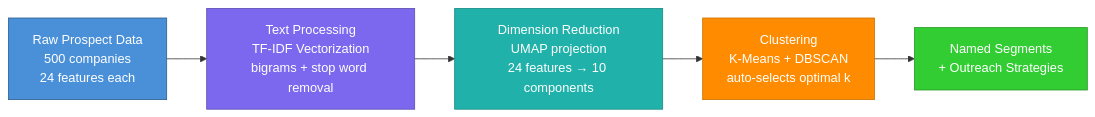
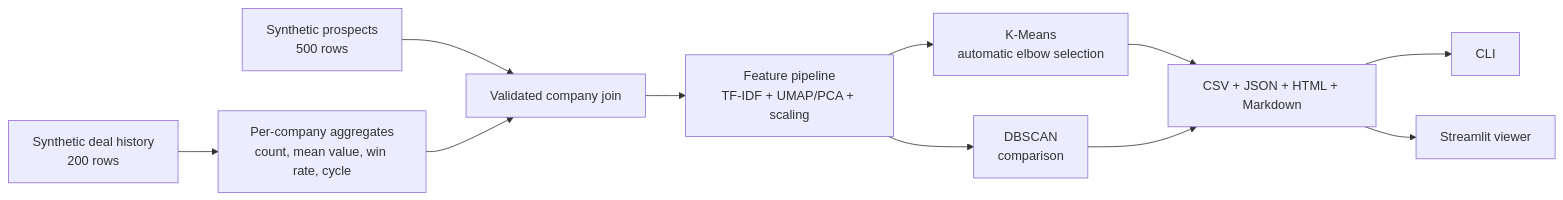
Before and after one commit to cjf-iii/audience-segmentation-tool: the diagram in README.md, drawn with Mermaid. The commit also changed other lines of this file and 20 other files, not shown here.

````diff
--- a/README.md
+++ b/README.md
@@ -47,13 +43,13 @@
 ```mermaid
 flowchart LR
-    A["Raw Prospect Data\n500 companies\n24 features each"] --> B["Text Processing\nTF-IDF Vectorization\nbigrams + stop word removal"]
-    B --> C["Dimension Reduction\nUMAP projection\n24 features → 10 components"]
-    C --> D["Clustering\nK-Means + DBSCAN\nauto-selects optimal k"]
-    D --> E["Named Segments\n+ Outreach Strategies"]
-
-    style A fill:#4A90D9,stroke:#2C5F8A,color:#fff
-    style B fill:#7B68EE,stroke:#5A4FB0,color:#fff
-    style C fill:#20B2AA,stroke:#178A82,color:#fff
-    style D fill:#FF8C00,stroke:#CC7000,color:#fff
-    style E fill:#32CD32,stroke:#269926,color:#fff
+    P["Synthetic prospects\n500 rows"] --> J["Validated company join"]
+    D["Synthetic deal history\n200 rows"] --> A["Per-company aggregates\ncount, mean value, win rate, cycle"]
+    A --> J
+    J --> F["Feature pipeline\nTF-IDF + UMAP/PCA + scaling"]
+    F --> K["K-Means\nautomatic elbow selection"]
+    F --> B["DBSCAN\ncomparison"]
+    K --> O["CSV + JSON + HTML + Markdown"]
+    B --> O
+    O --> C["CLI"]
+    O --> S["Streamlit viewer"]
 ```
````
